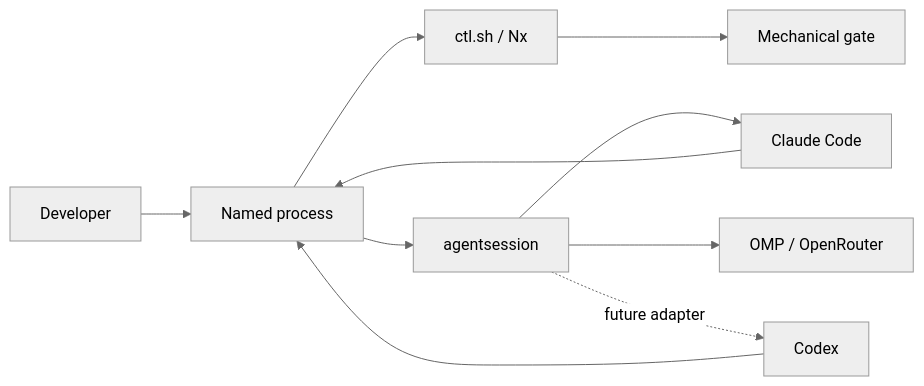
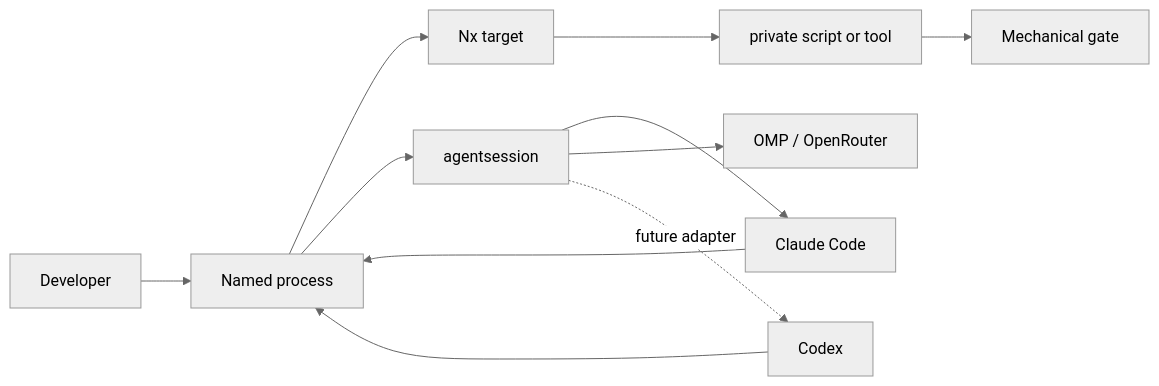
One commit to gophersys/helios changed the diagram in docs/engineering/README.md. Above: the diagram before and after it, drawn with Mermaid (neutral theme). The commit also changed other lines of this file and 10 other files, not shown here.

````diff
--- a/docs/engineering/README.md
+++ b/docs/engineering/README.md
@@ -8,12 +8,13 @@
 ```mermaid
 flowchart LR
     Human[Developer] --> Process[Named process]
     Claude[Claude Code] --> Process
     Codex[Codex] --> Process
-    Process --> Control[ctl.sh / Nx]
-    Control --> Gate[Mechanical gate]
+    Process --> Control[Nx target]
+    Control --> Private[private script or tool]
+    Private --> Gate[Mechanical gate]
     Process --> Session[agentsession]
     Session --> Claude
     Session --> OMP[OMP / OpenRouter]
     Session -. future adapter .-> Codex
 ```
````
